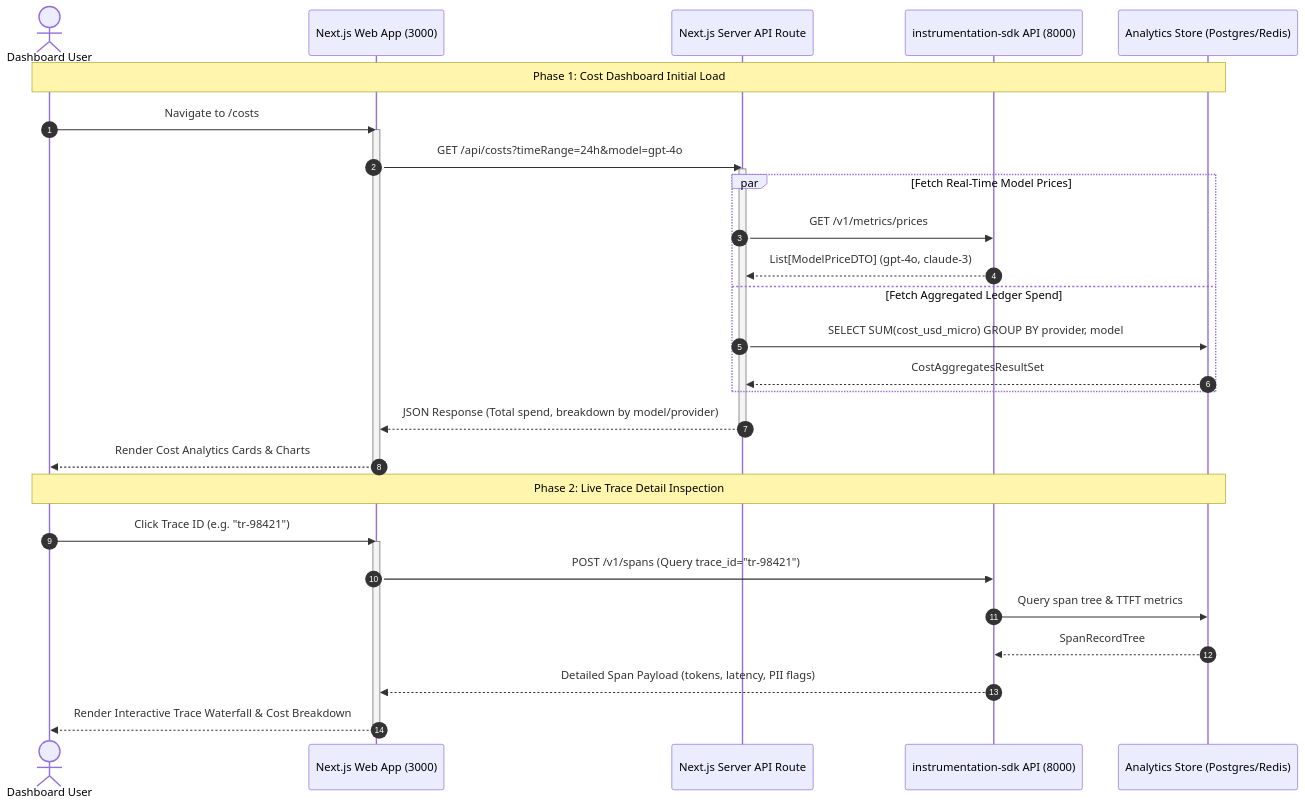
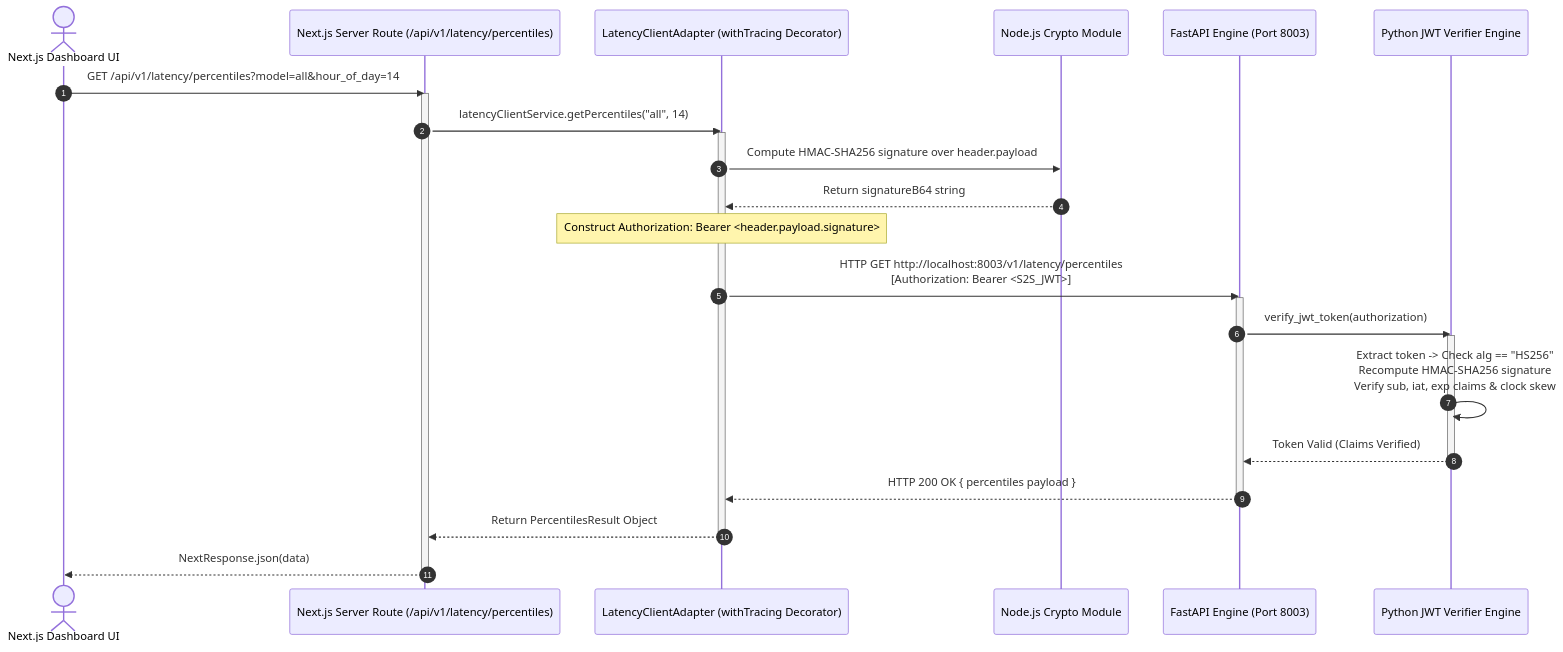
One commit to Chief-Strategist-J/llm-observability-platform changed the second of 3 diagrams in packages/node/web-app/adr/0006-dashboard-telemetry-and-cost-engine-integration.md. Above: the diagram before and after it, drawn with Mermaid. The commit also changed other lines of this file and 2 other files, not shown here.

Commit message:
docs(adr): update ADR-011, ADR-0006, and ADR-013 with in-depth security architecture, HMAC-SHA256 JWT verifiers, and Mermaid diagrams

````diff
--- a/packages/node/web-app/adr/0006-dashboard-telemetry-and-cost-engine-integration.md
+++ b/packages/node/web-app/adr/0006-dashboard-telemetry-and-cost-engine-integration.md
@@ -108,38 +104,36 @@
 ```mermaid
 sequenceDiagram
     autonumber
-    actor User as Dashboard User
-    participant WebApp as Next.js Web App (3000)
-    participant NextApi as Next.js Server API Route
-    participant RestApi as instrumentation-sdk API (8000)
-    participant AnalyticsDB as Analytics Store (Postgres/Redis)
+    actor Dashboard as Next.js Dashboard UI
+    participant Route as Next.js Server Route (/api/v1/latency/percentiles)
+    participant Client as LatencyClientAdapter (withTracing Decorator)
+    participant Crypto as Node.js Crypto Module
+    participant FastAPI as FastAPI Engine (Port 8003)
+    participant Verifier as Python JWT Verifier Engine
 
-    Note over User, AnalyticsDB: Phase 1: Cost Dashboard Initial Load
-    User->>WebApp: Navigate to /costs
-    activate WebApp
-    WebApp->>NextApi: GET /api/costs?timeRange=24h&model=gpt-4o
-    activate NextApi
+    Dashboard->>Route: GET /api/v1/latency/percentiles?model=all&hour_of_day=14
+    activate Route
+    Route->>Client: latencyClientService.getPercentiles("all", 14)
+    activate Client
 
-    par Fetch Real-Time Model Prices
-        NextApi->>RestApi: GET /v1/metrics/prices
-        RestApi-->>NextApi: List[ModelPriceDTO] (gpt-4o, claude-3)
-    and Fetch Aggregated Ledger Spend
-        NextApi->>AnalyticsDB: SELECT SUM(cost_usd_micro) GROUP BY provider, model
-        AnalyticsDB-->>NextApi: CostAggregatesResultSet
-    end
+    Client->>Crypto: Compute HMAC-SHA256 signature over header.payload
+    Crypto-->>Client: Return signatureB64 string
+    Note over Client: Construct Authorization: Bearer <header.payload.signature>
 
-    NextApi-->>WebApp: JSON Response (Total spend, breakdown by model/provider)
-    deactivate NextApi
-    WebApp-->>User: Render Cost Analytics Cards & Charts
-    deactivate WebApp
+    Client->>FastAPI: HTTP GET http://localhost:8003/v1/latency/percentiles<br/>[Authorization: Bearer <S2S_JWT>]
+    activate FastAPI
 
-    Note over User, AnalyticsDB: Phase 2: Live Trace Detail Inspection
-    User->>WebApp: Click Trace ID (e.g. "tr-98421")
-    activate WebApp
-    WebApp->>RestApi: POST /v1/spans (Query trace_id="tr-98421")
-    RestApi->>AnalyticsDB: Query span tree & TTFT metrics
-    AnalyticsDB-->>RestApi: SpanRecordTree
-    RestApi-->>WebApp: Detailed Span Payload (tokens, latency, PII flags)
-    WebApp-->>User: Render Interactive Trace Waterfall & Cost Breakdown
-    deactivate WebApp
+    FastAPI->>Verifier: verify_jwt_token(authorization)
+    activate Verifier
+    Verifier->>Verifier: Extract token -> Check alg == "HS256"<br/>Recompute HMAC-SHA256 signature<br/>Verify sub, iat, exp claims & clock skew
+    Verifier-->>FastAPI: Token Valid (Claims Verified)
+    deactivate Verifier
+
+    FastAPI-->>Client: HTTP 200 OK { percentiles payload }
+    deactivate FastAPI
+
+    Client-->>Route: Return PercentilesResult Object
+    deactivate Client
+    Route-->>Dashboard: NextResponse.json(data)
+    deactivate Route
 ```
````
